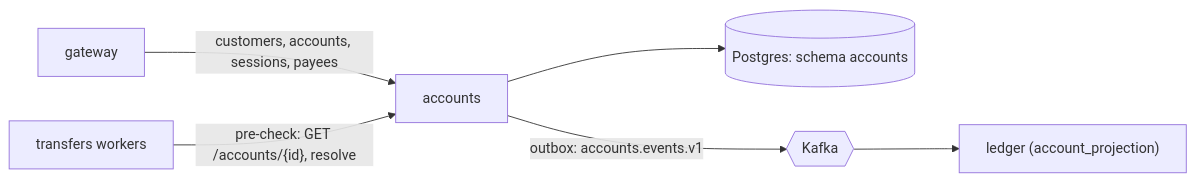
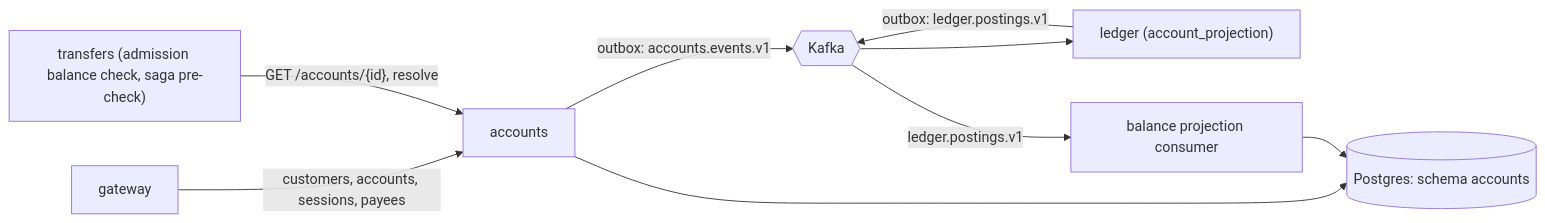
One commit to GodwinJacobR/mock-bank changed the diagram in docs/accounts/README.md. Above: the diagram before and after it, drawn with Mermaid. The commit also changed other lines of this file and 18 other files, not shown here.

Commit message:
Spec and document accounts balance projection fed by ledger events

````diff
--- a/docs/accounts/README.md
+++ b/docs/accounts/README.md
@@ -24,8 +24,11 @@
 ```mermaid
 flowchart LR
   GW[gateway] -- "customers, accounts, sessions, payees" --> ACC[accounts]
-  TRF[transfers workers] -- "pre-check: GET /accounts/{id}, resolve" --> ACC
+  TRF["transfers (admission balance check, saga pre-check)"] -- "GET /accounts/{id}, resolve" --> ACC[accounts]
   ACC --> PG[("Postgres: schema accounts")]
   ACC -- "outbox: accounts.events.v1" --> K{{Kafka}}
   K --> LED["ledger (account_projection)"]
+  LED -- "outbox: ledger.postings.v1" --> K
+  K -- "ledger.postings.v1" --> BP["balance projection consumer"]
+  BP --> PG
 ```
````
